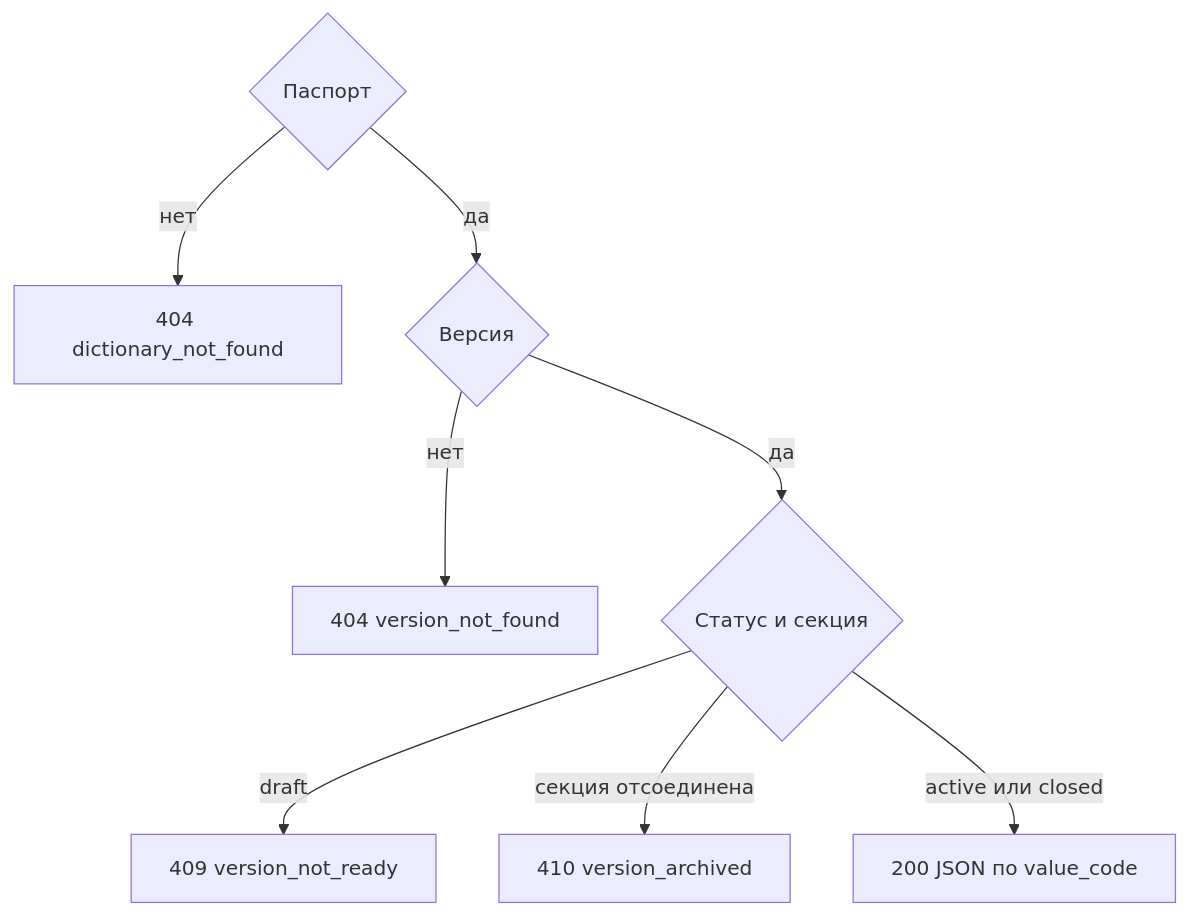
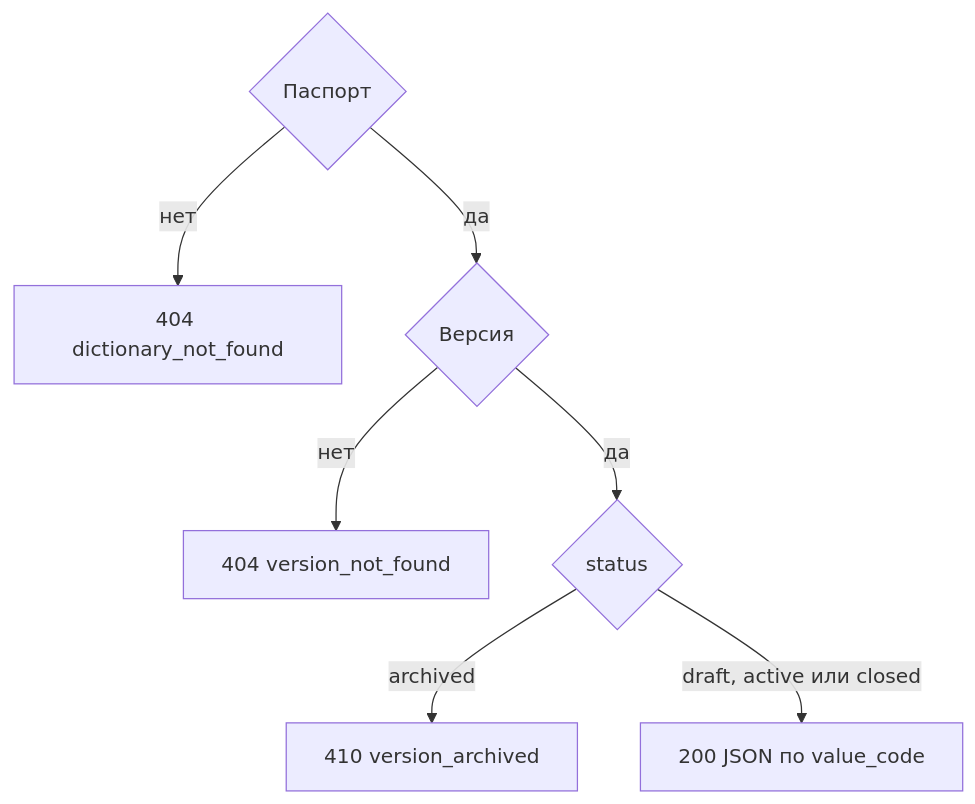
The diagram in docs/1. functional/v3/management.api/DataController/get_version.md (StrannikE95/reference_data), drawn with Mermaid before and after one commit. The commit also changed other lines of this file and 11 other files, not shown here.

````diff
--- a/docs/1. functional/v3/management.api/DataController/get_version.md
+++ b/docs/1. functional/v3/management.api/DataController/get_version.md
@@ -54,10 +51,9 @@
 ```mermaid
 flowchart TD
   pas{"Паспорт"} -->|нет| d404["404 dictionary_not_found"]
   pas -->|да| ver{"Версия"}
   ver -->|нет| v404["404 version_not_found"]
-  ver -->|да| st{"Статус и секция"}
-  st -->|draft| nr["409 version_not_ready"]
-  st -->|секция отсоединена| arc["410 version_archived"]
-  st -->|active или closed| ok["200 JSON по value_code"]
+  ver -->|да| st{"status"}
+  st -->|archived| arc["410 version_archived"]
+  st -->|draft, active или closed| ok["200 JSON по value_code"]
 ```
````
